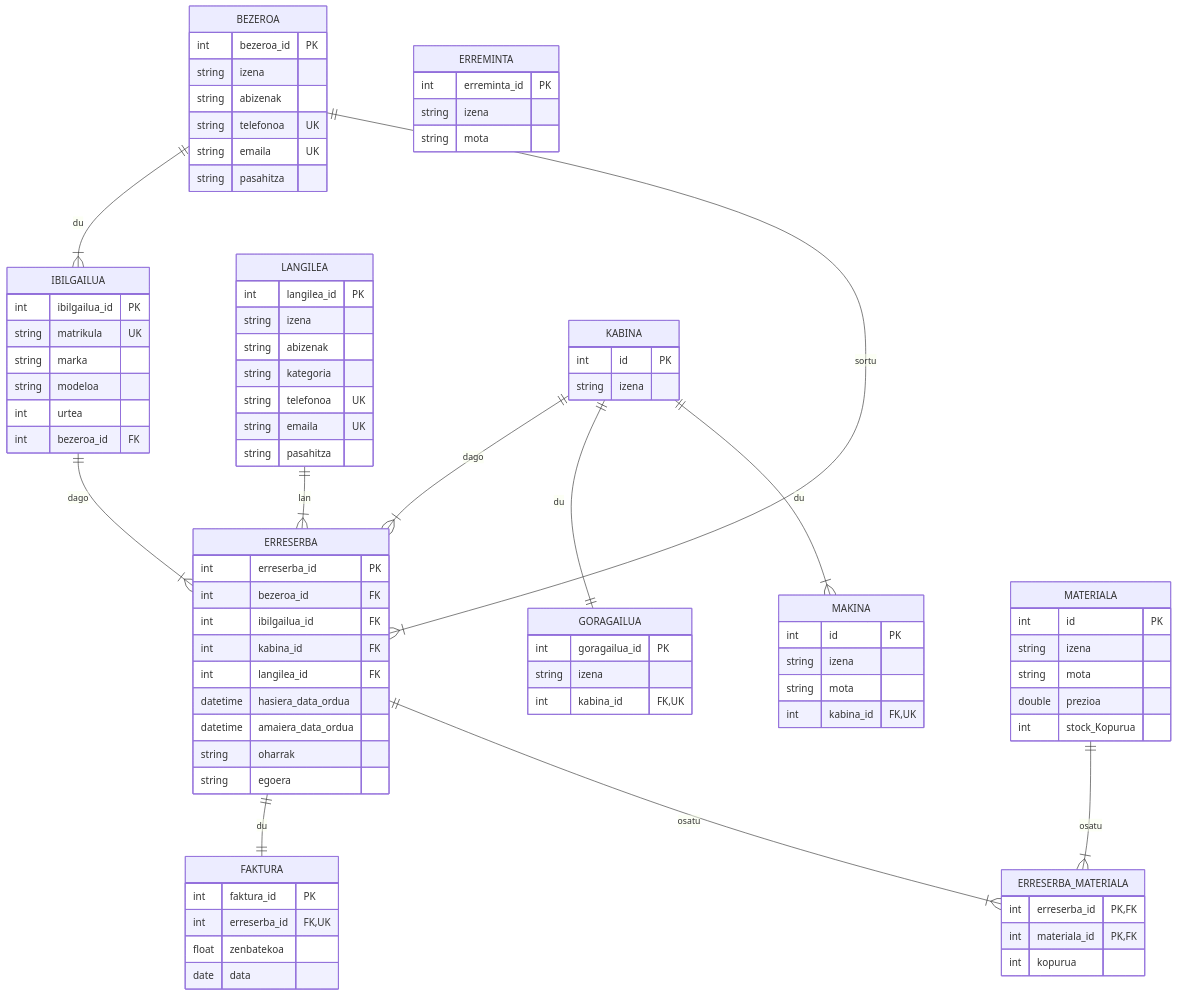
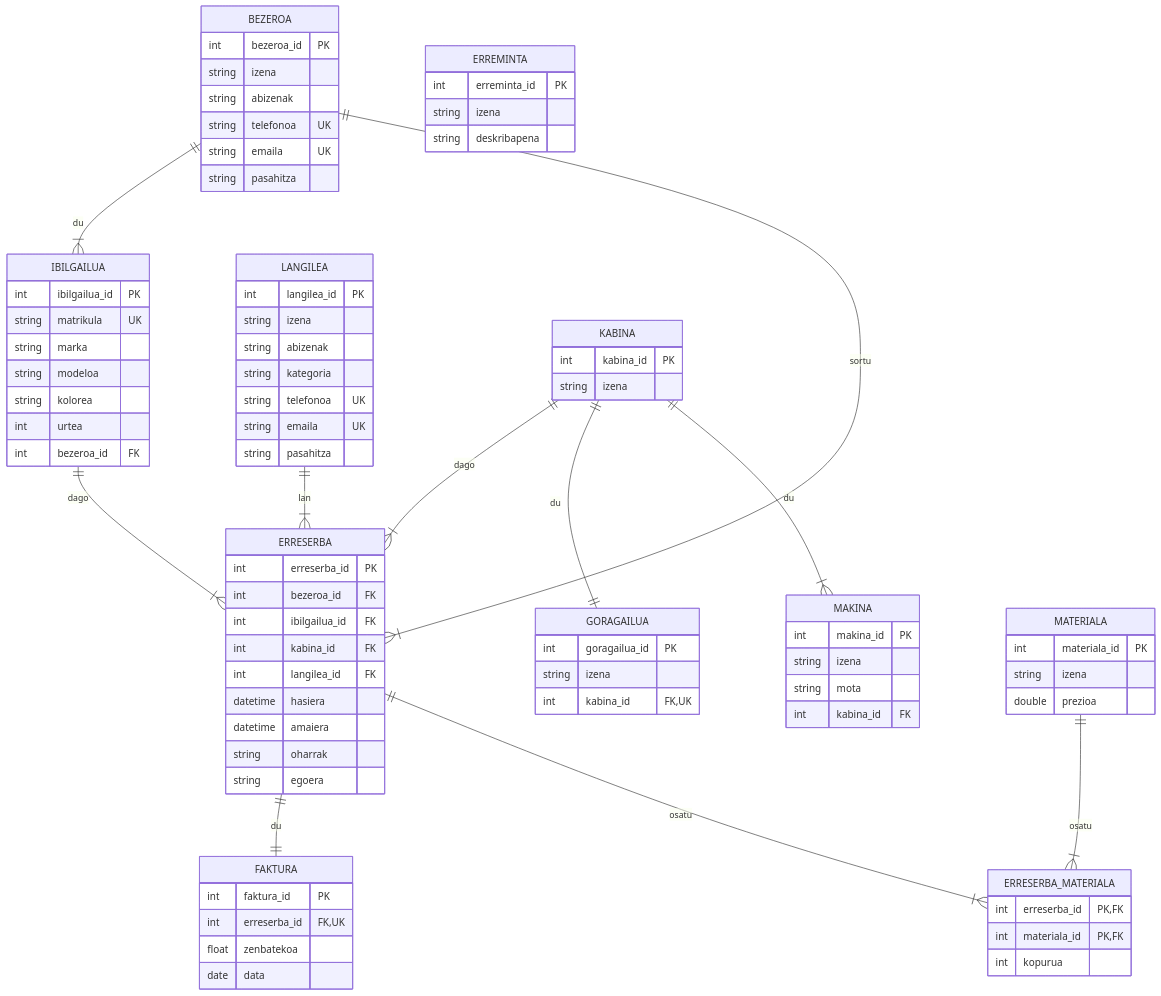
The diagram in docs/erd/erd-mermaid.md (lopezibon-dev/garajea), drawn with Mermaid before and after one commit. The commit also changed 3 other files, not shown here.

```diff
--- a/docs/erd/erd-mermaid.md
+++ b/docs/erd/erd-mermaid.md
@@ -16,6 +16,7 @@
       string matrikula UK
       string marka
       string modeloa
+      string kolorea
       int urtea
       int bezeroa_id FK
     }
@@ -28,9 +29,8 @@
       string emaila UK
       string pasahitza
     }
-
     KABINA {
-      int id PK
+      int kabina_id PK
       string izena
     }
     GORAGAILUA {
@@ -44,8 +44,8 @@
       int ibilgailua_id FK
       int kabina_id FK
       int langilea_id FK
-      datetime hasiera_data_ordua
-      datetime amaiera_data_ordua
+      datetime hasiera
+      datetime amaiera
       string oharrak
       string egoera
     }
@@ -58,20 +58,18 @@
     ERREMINTA {
       int erreminta_id PK
       string izena
-      string mota
+      string deskribapena
     }
     MAKINA {
-      int id PK
+      int makina_id PK
       string izena
       string mota
-      int kabina_id FK, UK
+      int kabina_id FK
     }
     MATERIALA {
-      int id PK
+      int materiala_id PK
       string izena
-      string mota
       double prezioa
-      int stock_Kopurua 
     }
     ERRESERBA_MATERIALA {
       int erreserba_id PK, FK
```
